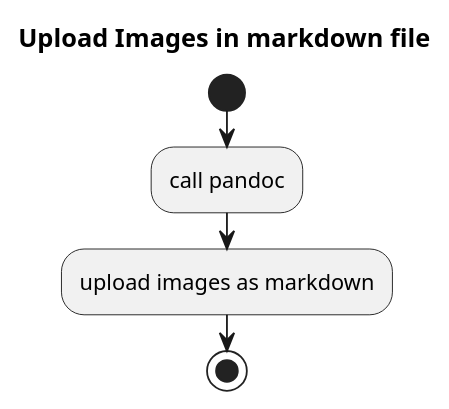
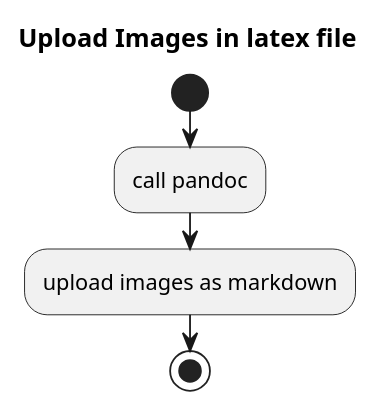
Before and after one commit to KosukeMizuno/esapy: the diagram in study/flowchart_latex.pu, drawn with PlantUML. The commit also changed 1 other file, not shown here.

```diff
--- a/study/flowchart_latex.pu
+++ b/study/flowchart_latex.pu
@@ -1,11 +1,11 @@
 @startuml
-title Upload Images in markdown file
+title Upload Images in latex file
 
 start
 
 :call pandoc;
 :upload images as markdown;
 
 stop
 
 @enduml
```
